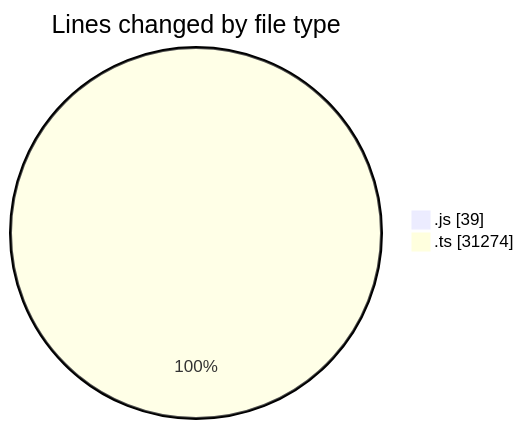
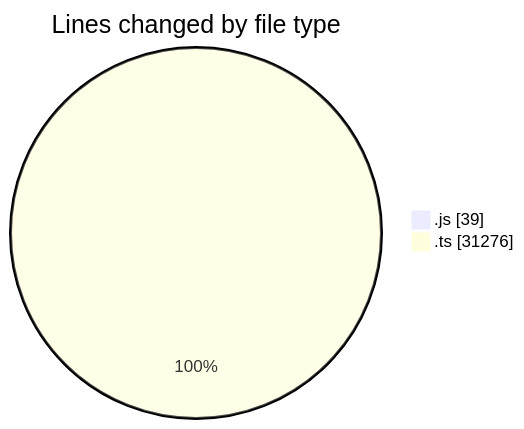
Before and after one commit to momahboobian/code-tracking: the first of 2 diagrams in 2025-06-19/cda/README.md, drawn with Mermaid. The commit also changed other lines of this file and 1 other file, not shown here.

````diff
--- a/2025-06-19/cda/README.md
+++ b/2025-06-19/cda/README.md
@@ -27,6 +27,6 @@
 ```mermaid
 pie showData
 title Lines changed by file type
 ".js" : 39
-".ts" : 31274
+".ts" : 31276
 ```
````
